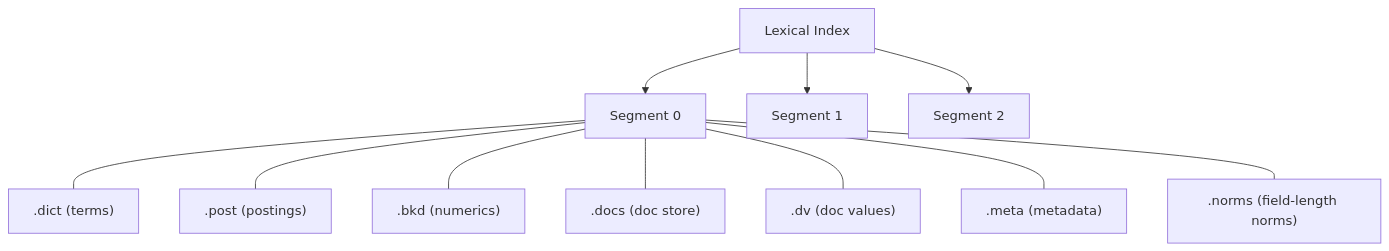
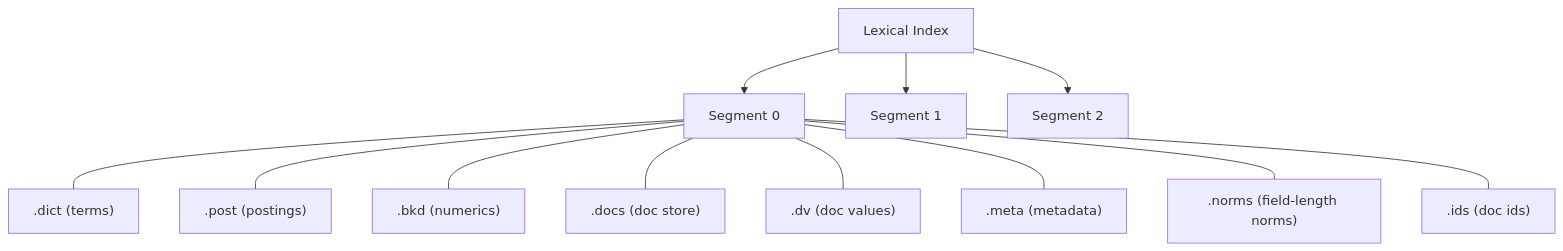
The fourth of 4 diagrams in docs/ja/src/concepts/indexing/lexical_indexing.md (mosuka/laurus), drawn with Mermaid before and after one commit. The commit also changed other lines of this file and 11 other files, not shown here.

````diff
--- a/docs/ja/src/concepts/indexing/lexical_indexing.md
+++ b/docs/ja/src/concepts/indexing/lexical_indexing.md
@@ -214,15 +214,16 @@
 ```mermaid
 graph TB
     LI["Lexical Index"]
     LI --> S1["Segment 0"]
     LI --> S2["Segment 1"]
     LI --> S3["Segment 2"]
 
     S1 --- F1[".dict (terms)"]
     S1 --- F2[".post (postings)"]
     S1 --- F3[".bkd (numerics)"]
     S1 --- F4[".docs (doc store)"]
     S1 --- F5[".dv (doc values)"]
     S1 --- F6[".meta (metadata)"]
     S1 --- F7[".norms (field-length norms)"]
+    S1 --- F8[".ids (doc ids)"]
 ```
````
